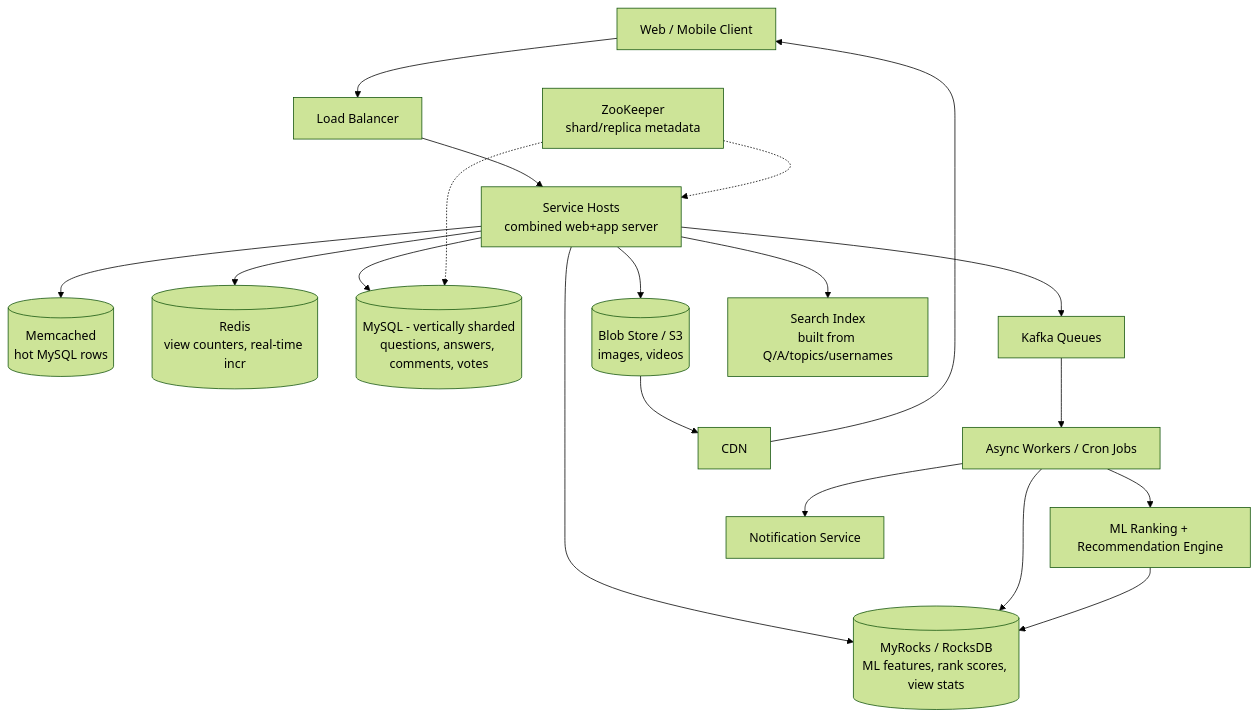
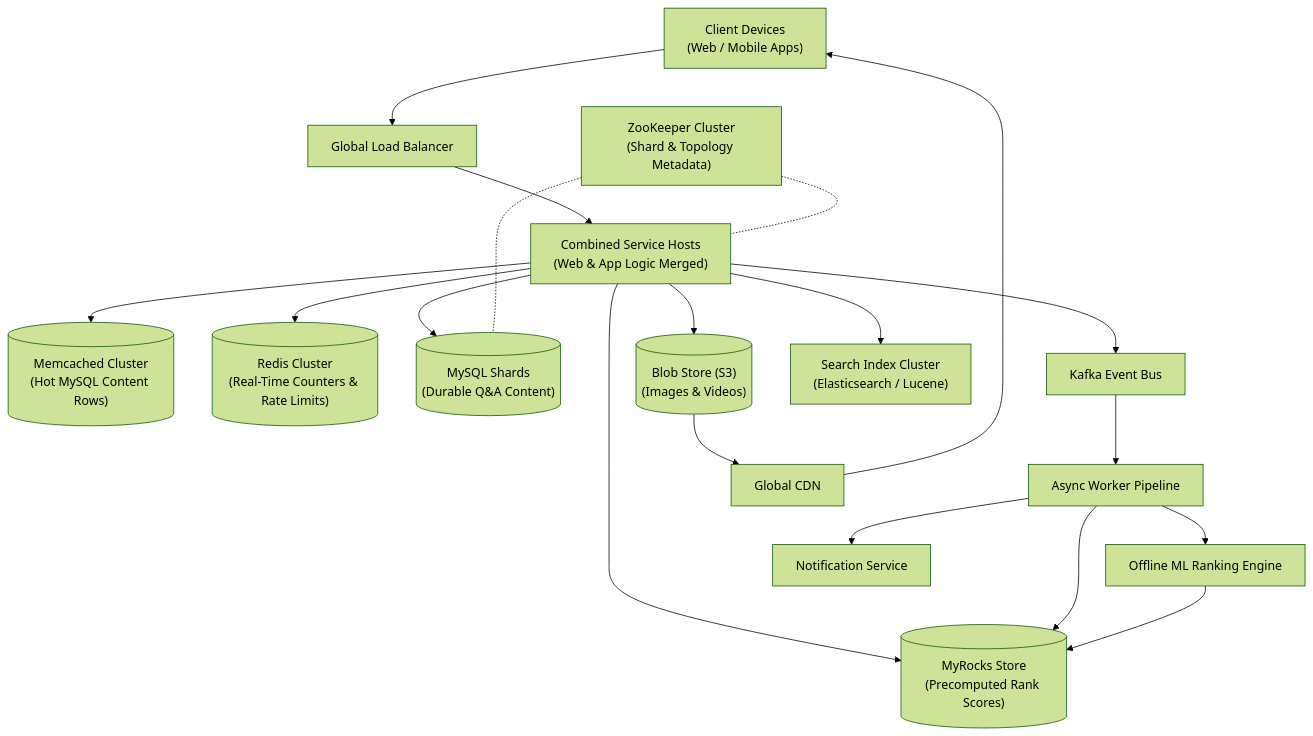
One commit to riyaz-pasha/Learnings changed the third of 18 diagrams in system-design/HLD/0-course/27-Design Quora-FAANG-Guide.md. Above: the diagram before and after it, drawn with Mermaid (forest theme). The commit also changed other lines of this file and 1 other file, not shown here.

Commit message:
docs: simplify language, expand examples, and fix mermaid diagrams in Quora guide

````diff
--- a/system-design/HLD/0-course/27-Design Quora-FAANG-Guide.md
+++ b/system-design/HLD/0-course/27-Design Quora-FAANG-Guide.md
@@ -212,21 +270,27 @@
 ```mermaid
 flowchart TB
-    Client[Web / Mobile Client] --> LB[Load Balancer]
-    LB --> SH[Service Hosts<br/>combined web+app server]
-    SH --> Cache[(Memcached<br/>hot MySQL rows)]
-    SH --> Redis[(Redis<br/>view counters, real-time incr)]
-    SH --> MySQL[(MySQL - vertically sharded<br/>questions, answers, comments, votes)]
-    SH --> KV[(MyRocks / RocksDB<br/>ML features, rank scores, view stats)]
-    SH --> Blob[(Blob Store / S3<br/>images, videos)]
-    SH --> Kafka[Kafka Queues]
-    Kafka --> Workers[Async Workers / Cron Jobs]
+    Client["Client Devices\n(Web / Mobile Apps)"] --> LB["Global Load Balancer"]
+    LB --> SH["Combined Service Hosts\n(Web & App Logic Merged)"]
+    
+    SH --> Cache[("Memcached Cluster\n(Hot MySQL Content Rows)")]
+    SH --> Redis[("Redis Cluster\n(Real-Time Counters & Rate Limits)")]
+    SH --> MySQL[("MySQL Shards\n(Durable Q&A Content)")]
+    SH --> KV[("MyRocks Store\n(Precomputed Rank Scores)")]
+    SH --> Blob[("Blob Store (S3)\n(Images & Videos)")]
+    
+    SH --> Kafka["Kafka Event Bus"]
+    
+    Kafka --> Workers["Async Worker Pipeline"]
     Workers --> KV
-    Workers --> MLEngine[ML Ranking + Recommendation Engine]
-    Workers --> Notif[Notification Service]
-    Blob --> CDN[CDN]
+    Workers --> MLEngine["Offline ML Ranking Engine"]
+    Workers --> Notif["Notification Service"]
+    
+    Blob --> CDN["Global CDN"]
     CDN --> Client
-    SH --> Search[Search Index<br/>built from Q/A/topics/usernames]
+    
+    SH --> Search["Search Index Cluster\n(Elasticsearch / Lucene)"]
     MLEngine --> KV
-    ZK[ZooKeeper<br/>shard/replica metadata] -.-> SH
-    ZK -.-> MySQL
+    
+    ZK["ZooKeeper Cluster\n(Shard & Topology Metadata)"] -.- SH
+    ZK -.- MySQL
 ```
````
